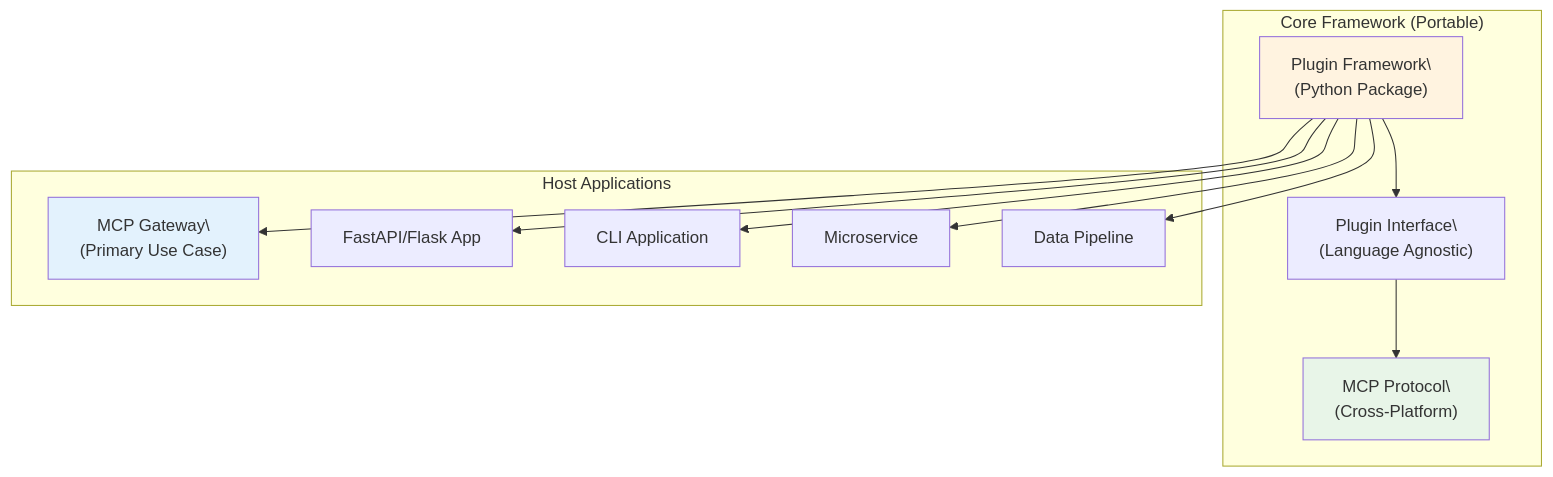
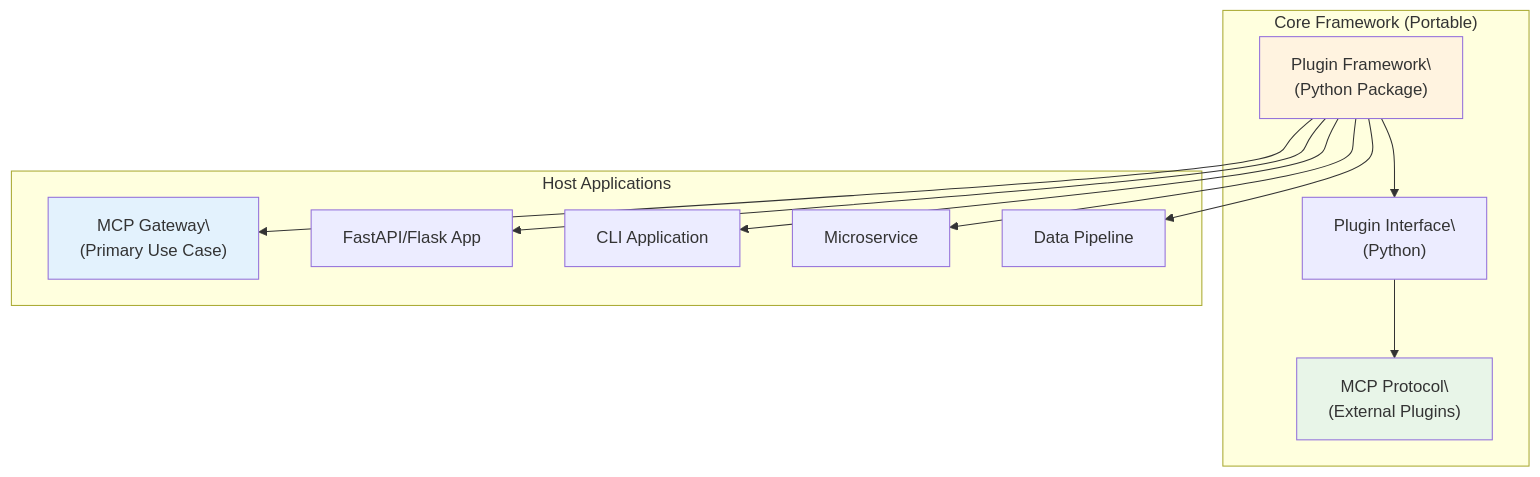
Before and after one commit to tedhabeck/mcp-context-forge: the fifth of 5 diagrams in docs/docs/architecture/plugins.md, drawn with Mermaid. The commit also changed other lines of this file and 147 other files, not shown here.

First line of the commit message:
docs: refresh docs formatting, links, and diagrams (#2624)

````diff
--- a/docs/docs/architecture/plugins.md
+++ b/docs/docs/architecture/plugins.md
@@ -1600,29 +1609,29 @@
 ```mermaid
 flowchart TD
     subgraph "Core Framework (Portable)"
         Framework["Plugin Framework\\n(Python Package)"]
-        Interface["Plugin Interface\\n(Language Agnostic)"]
-        Protocol["MCP Protocol\\n(Cross-Platform)"]
+        Interface["Plugin Interface\\n(Python)"]
+        Protocol["MCP Protocol\\n(External Plugins)"]
     end
 
     subgraph "Host Applications"
         MCPGateway["MCP Gateway\\n(Primary Use Case)"]
         WebFramework["FastAPI/Flask App"]
         CLITool["CLI Application"]
         Microservice["Microservice"]
         DataPipeline["Data Pipeline"]
     end
 
     Framework --> Interface
     Interface --> Protocol
 
     Framework --> MCPGateway
     Framework --> WebFramework
     Framework --> CLITool
     Framework --> Microservice
     Framework --> DataPipeline
 
     style Framework fill:#fff3e0
     style Protocol fill:#e8f5e8
     style MCPGateway fill:#e3f2fd
 ```
````
